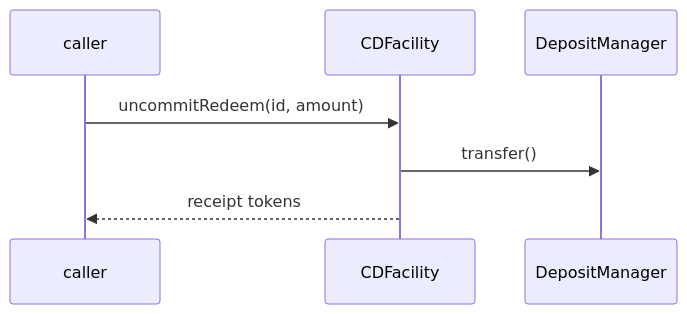
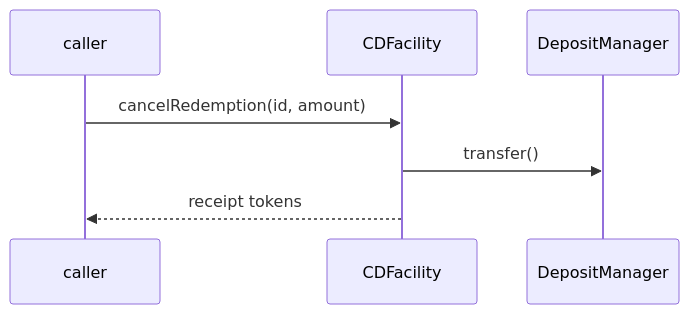
The seventh of 9 diagrams in audit/2025-01_convertible-deposits/README.md (OlympusDAO/olympus-v3), drawn with Mermaid before and after one commit. The commit also changed other lines of this file and 16 other files, not shown here.

Commit message:
RedemptionVault: rename commit/uncommit to startRedemption/cancelRedemption. Gas savings.

````diff
--- a/audit/2025-01_convertible-deposits/README.md
+++ b/audit/2025-01_convertible-deposits/README.md
@@ -369,10 +369,10 @@
 ```mermaid
 sequenceDiagram
     participant caller
     participant CDFacility
     participant DepositManager
 
-    caller->>CDFacility: uncommitRedeem(id, amount)
+    caller->>CDFacility: cancelRedemption(id, amount)
     CDFacility->>DepositManager: transfer()
     CDFacility-->>caller: receipt tokens
 ```
````
